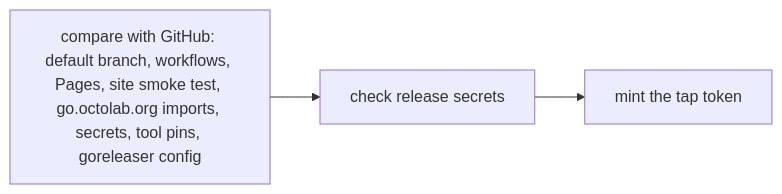
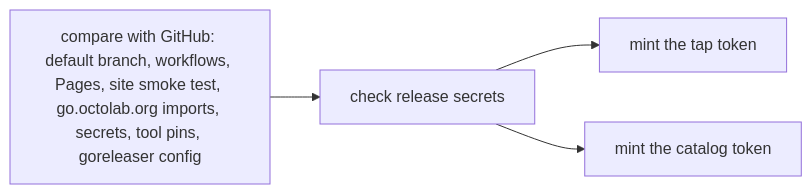
The sixth of 10 diagrams in .github/workflows/README.md (octomation/maintainer), drawn with Mermaid before and after one commit. The commit also changed other lines of this file and 43 other files, not shown here.

````diff
--- a/.github/workflows/README.md
+++ b/.github/workflows/README.md
@@ -209,4 +233,4 @@
 ```mermaid
 flowchart LR
-  doctor[compare with GitHub: default branch, workflows, Pages, site smoke test, go.octolab.org imports, secrets, tool pins, goreleaser config] --> preflight[check release secrets] --> token[mint the tap token]
+  doctor[compare with GitHub: default branch, workflows, Pages, site smoke test, go.octolab.org imports, secrets, tool pins, goreleaser config] --> preflight[check release secrets] --> token[mint the tap token] & catalog[mint the catalog token]
 ```
````
